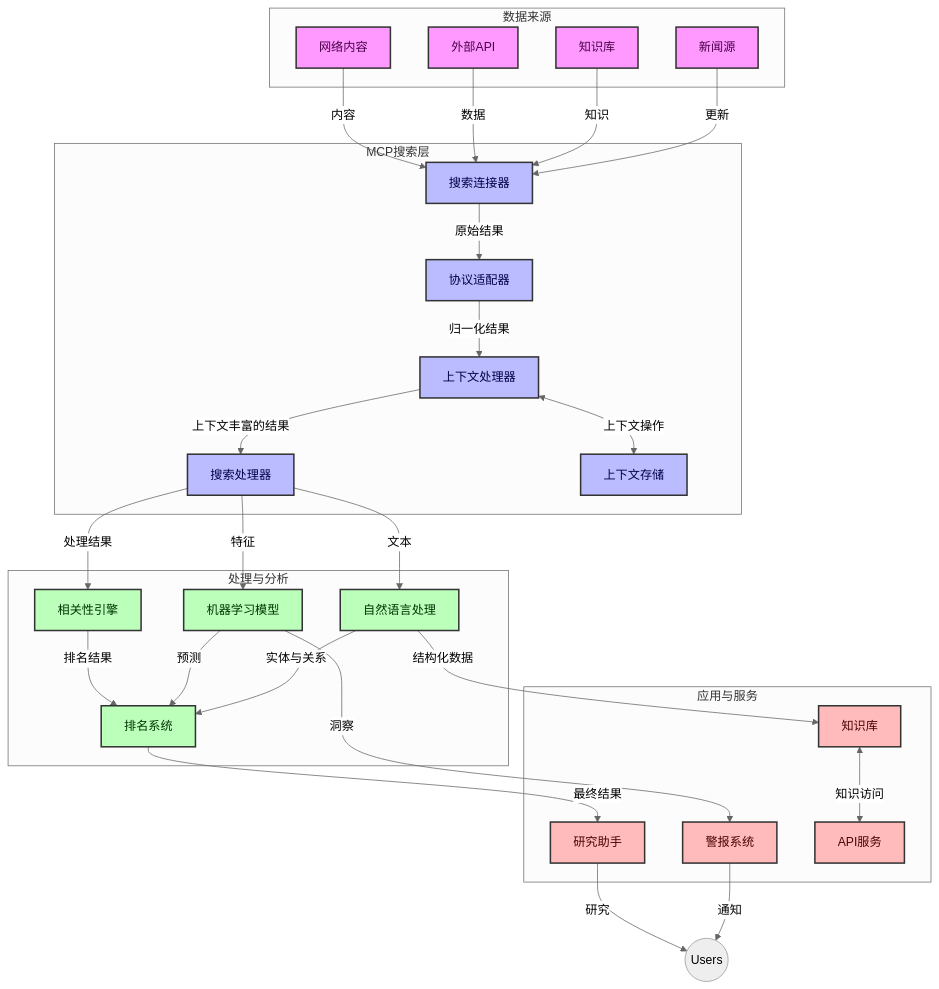
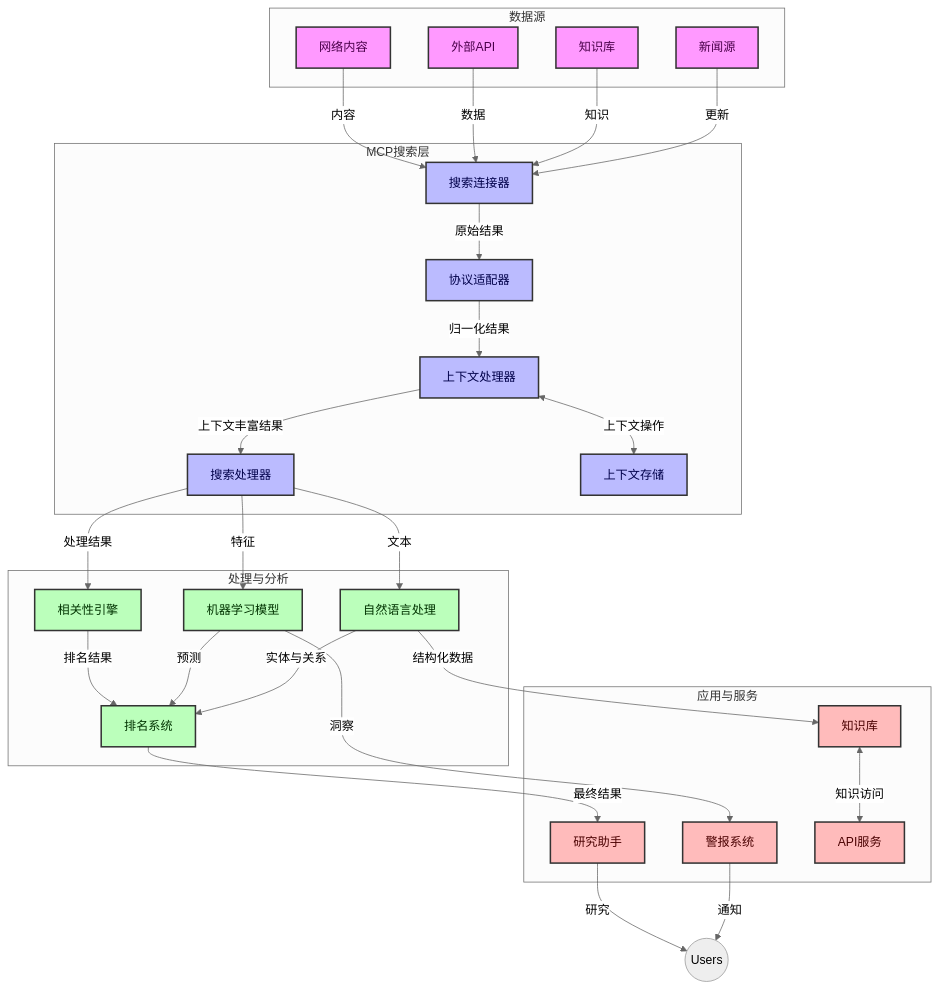
One commit to microsoft/mcp-for-beginners changed the first of 4 diagrams in translations/zh-CN/05-AdvancedTopics/mcp-realtimesearch/README.md. Above: the diagram before and after it, drawn with Mermaid (neutral theme). The commit also changed other lines of this file and 118 other files, not shown here.

````diff
--- a/translations/zh-CN/05-AdvancedTopics/mcp-realtimesearch/README.md
+++ b/translations/zh-CN/05-AdvancedTopics/mcp-realtimesearch/README.md
@@ -109,66 +109,66 @@
 ```mermaid
 graph TD
-    subgraph "数据来源"
+    subgraph "数据源"
         Web[网络内容]
         APIs[外部API]
         DB[知识库]
         News[新闻源]
     end
 
     subgraph "MCP搜索层"
         SC[搜索连接器]
         PA[协议适配器]
         CH[上下文处理器]
         SP[搜索处理器]
         CS[上下文存储]
     end
 
     subgraph "处理与分析"
         RE[相关性引擎]
         ML[机器学习模型]
         NLP[自然语言处理]
         Rank[排名系统]
     end
 
     subgraph "应用与服务"
         RA[研究助手]
         Alerts[警报系统]
         KB[知识库]
         API[API服务]
     end
 
     Web -->|内容| SC
     APIs -->|数据| SC
     DB -->|知识| SC
     News -->|更新| SC
     
     SC -->|原始结果| PA
     PA -->|归一化结果| CH
     CH <-->|上下文操作| CS
-    CH -->|上下文丰富的结果| SP
+    CH -->|上下文丰富结果| SP
     SP -->|处理结果| RE
     SP -->|特征| ML
     SP -->|文本| NLP
     
     RE -->|排名结果| Rank
     ML -->|预测| Rank
     NLP -->|实体与关系| Rank
     
     Rank -->|最终结果| RA
     ML -->|洞察| Alerts
     NLP -->|结构化数据| KB
     
     RA -->|研究| Users((Users))
     Alerts -->|通知| Users
     KB <-->|知识访问| API
 
     classDef sources fill:#f9f,stroke:#333,stroke-width:2px,color:#4a004a
     classDef mcp fill:#bbf,stroke:#333,stroke-width:2px,color:#00004a
     classDef processing fill:#bfb,stroke:#333,stroke-width:2px,color:#003300
     classDef apps fill:#fbb,stroke:#333,stroke-width:2px,color:#4a0000
     
     class Web,APIs,DB,News sources
     class SC,PA,CH,SP,CS mcp
     class RE,ML,NLP,Rank processing
     class RA,Alerts,KB,API apps
 ```
````
